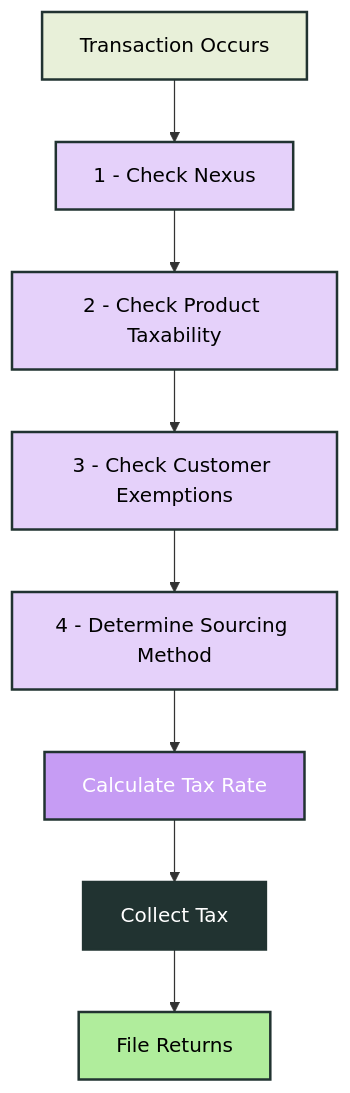
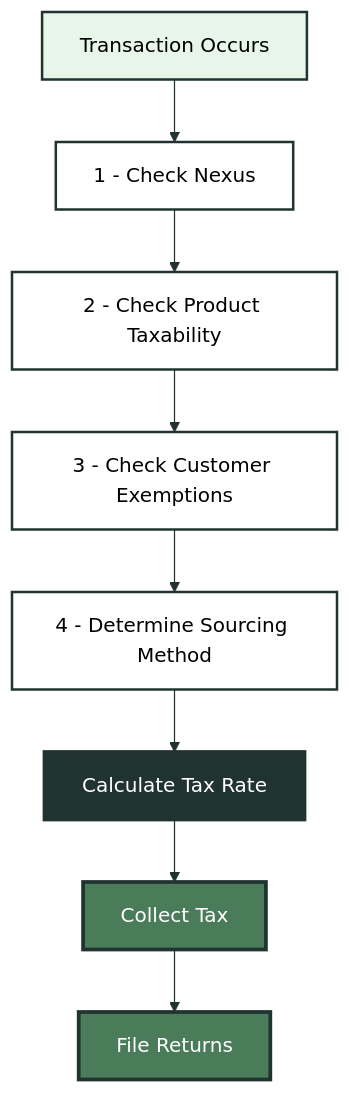
The first of 3 diagrams in docs/guides/sales-tax-for-developers.mdx (kintsugi-tax/docs-v2), drawn with Mermaid before and after one commit. The commit also changed other lines of this file and 6 other files, not shown here.

Commit message:
fix mermaid diagram appearance in dark mode

````diff
--- a/docs/guides/sales-tax-for-developers.mdx
+++ b/docs/guides/sales-tax-for-developers.mdx
@@ -18,19 +18,20 @@
 ```mermaid
+%%{init: {'theme':'base', 'themeVariables': {'primaryColor':'#FFFFFF','primaryTextColor':'#213331','primaryBorderColor':'#213331','lineColor':'#213331','secondaryColor':'#FFFFFF','tertiaryColor':'#213331','edgeLabelBackground':'transparent','edgeStrokeWidth':'2px','edgeStroke':'#213331','arrowheadColor':'#213331','clusterBkg':'transparent','clusterBorder':'#213331','defaultLinkColor':'#213331'}}}%%
 flowchart TD
     A[Transaction Occurs] --> B[1 - Check Nexus]
     B --> C[2 - Check Product Taxability]
     C --> D[3 - Check Customer Exemptions]
     D --> E[4 - Determine Sourcing Method]
     E --> F[Calculate Tax Rate]
     F --> G[Collect Tax]
     G --> H[File Returns]
     
-    style A fill:#E8F0D9,stroke:#213331,stroke-width:2px,color:#000000
-    style B fill:#E5D1FA,stroke:#213331,stroke-width:2px,color:#000000
-    style C fill:#E5D1FA,stroke:#213331,stroke-width:2px,color:#000000
-    style D fill:#E5D1FA,stroke:#213331,stroke-width:2px,color:#000000
-    style E fill:#E5D1FA,stroke:#213331,stroke-width:2px,color:#000000
-    style F fill:#C69CF4,stroke:#213331,stroke-width:2px,color:#FFFFFF
-    style G fill:#213331,stroke:#213331,stroke-width:2px,color:#FFFFFF
-    style H fill:#B0ED9C,stroke:#213331,stroke-width:2px,color:#000000
+    style A fill:#e8f5e9,stroke:#213331,stroke-width:2px,color:#000000
+    style B fill:#FFFFFF,stroke:#213331,stroke-width:2px,color:#000000
+    style C fill:#FFFFFF,stroke:#213331,stroke-width:2px,color:#000000
+    style D fill:#FFFFFF,stroke:#213331,stroke-width:2px,color:#000000
+    style E fill:#FFFFFF,stroke:#213331,stroke-width:2px,color:#000000
+    style F fill:#213331,stroke:#213331,stroke-width:3px,color:#FFFFFF
+    style G fill:#4a7c59,stroke:#213331,stroke-width:3px,color:#FFFFFF
+    style H fill:#4a7c59,stroke:#213331,stroke-width:3px,color:#FFFFFF
 ```
````
